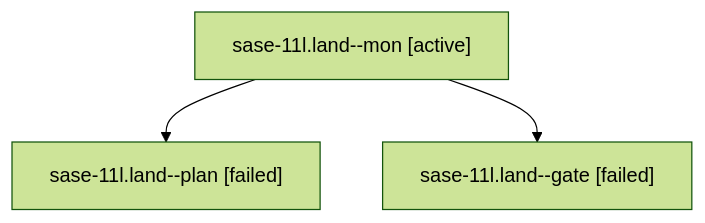
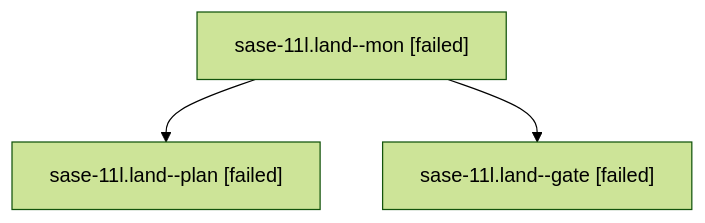
One commit to sase-org/sase--agents changed the diagram in families/bbugyi200.athena.sase-11l.land.md. Above: the diagram before and after it, drawn with Mermaid (forest theme). The commit also changed other lines of this file and 186 other files, not shown here.

````diff
--- a/families/bbugyi200.athena.sase-11l.land.md
+++ b/families/bbugyi200.athena.sase-11l.land.md
@@ -9,8 +9,8 @@
 ```mermaid
 flowchart TD
-  n0["sase-11l.land--mon [active]"]
+  n0["sase-11l.land--mon [failed]"]
   n1["sase-11l.land--plan [failed]"]
   n0 --> n1
   n2["sase-11l.land--gate [failed]"]
   n0 --> n2
 ```
````
